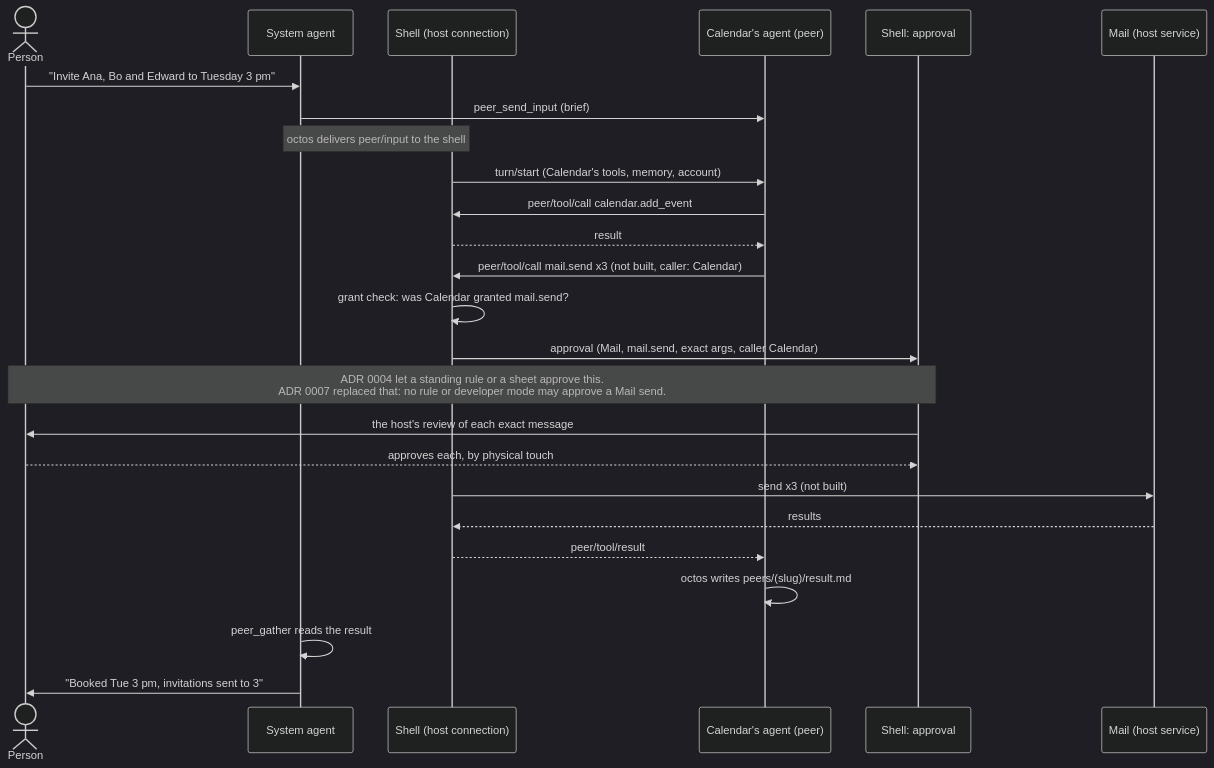
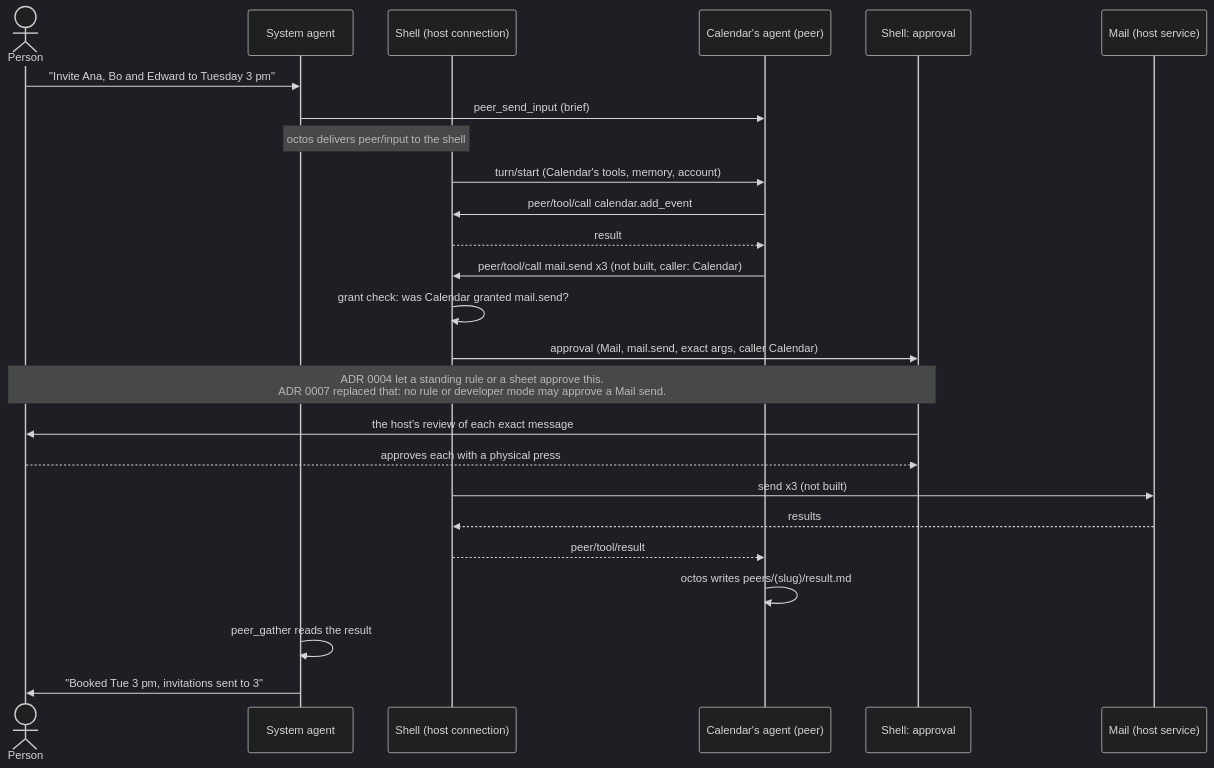
Before and after one commit to OctoSense-org/OctoSense: the fifth of 5 diagrams in docs/architecture.md, drawn with Mermaid (dark theme). The commit also changed other lines of this file and 32 other files, not shown here.

````diff
--- a/docs/architecture.md
+++ b/docs/architecture.md
@@ -419,27 +450,27 @@
 ```mermaid
 sequenceDiagram
   actor P as Person
   participant S as System agent
   participant SH as Shell (host connection)
   participant C as Calendar's agent (peer)
   participant R as Shell: approval
   participant M as Mail (host service)
   P->>S: "Invite Ana, Bo and Edward to Tuesday 3 pm"
   S->>C: peer_send_input (brief)
   Note over S,SH: octos delivers peer/input to the shell
   SH->>C: turn/start (Calendar's tools, memory, account)
   C->>SH: peer/tool/call calendar.add_event
   SH-->>C: result
   C->>SH: peer/tool/call mail.send x3 (not built, caller: Calendar)
   SH->>SH: grant check: was Calendar granted mail.send?
   SH->>R: approval (Mail, mail.send, exact args, caller Calendar)
   Note over R,P: ADR 0004 let a standing rule or a sheet approve this.<br/>ADR 0007 replaced that: no rule or developer mode may approve a Mail send.
   R->>P: the host's review of each exact message
-  P-->>R: approves each, by physical touch
+  P-->>R: approves each with a physical press
   SH->>M: send x3 (not built)
   M-->>SH: results
   SH-->>C: peer/tool/result
   C->>C: octos writes peers/(slug)/result.md
   S->>S: peer_gather reads the result
   S->>P: "Booked Tue 3 pm, invitations sent to 3"
 ```
````
